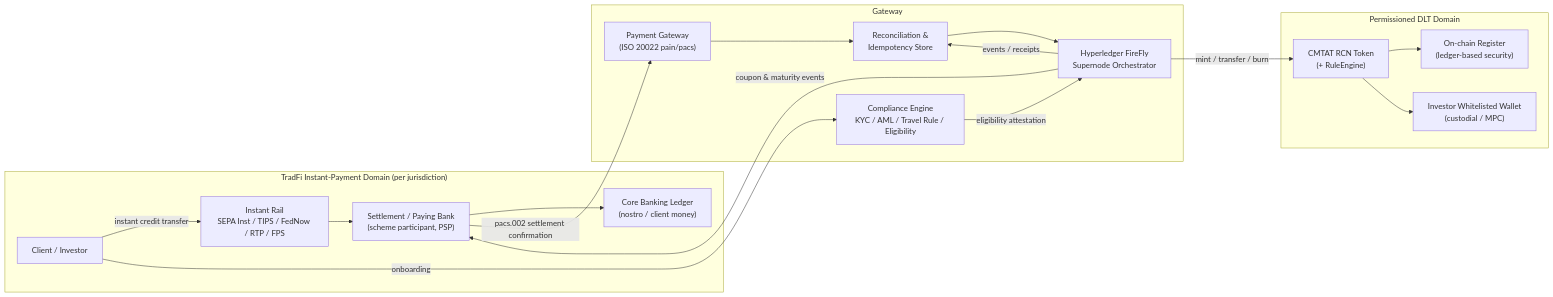
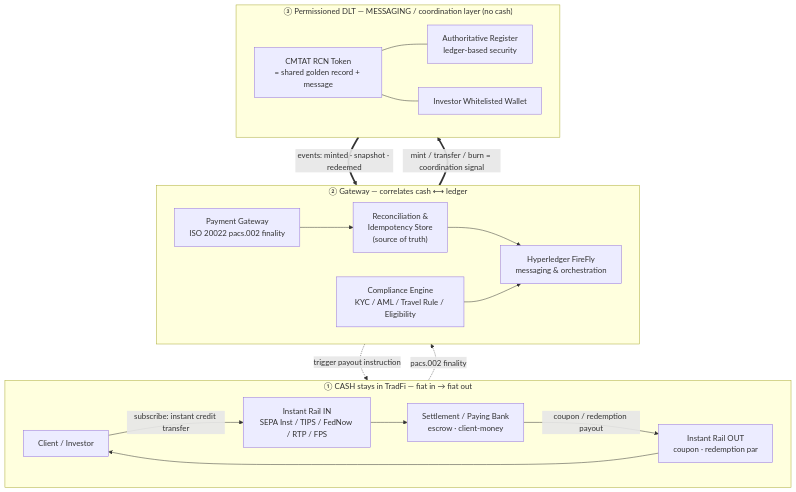
Before and after one commit to NewmanTech27/rcn-cmtat-firefly-gateway: the first of 3 diagrams in README.md, drawn with Mermaid. The commit also changed other lines of this file and 2 other files, not shown here.

Commit message:
Reframe: cash flows TradFi->TradFi, DLT is the messaging/coordination layer
- TL;DR, title, architecture diagram recast: money never on-chain
- Section 4 atomicity -> coordination problem (correlate off-chain cash to on-chain message)
- Deck slides 1/4/5/12 updated to match

````diff
--- a/README.md
+++ b/README.md
@@ -88,33 +92,36 @@
 ```mermaid
-flowchart LR
-    subgraph TradFi["TradFi Instant-Payment Domain (per jurisdiction)"]
+flowchart TB
+    subgraph TF["① CASH stays in TradFi  —  fiat in → fiat out"]
+        direction LR
         C["Client / Investor"]
-        RAIL["Instant Rail\nSEPA Inst / TIPS / FedNow / RTP / FPS"]
-        SB["Settlement / Paying Bank\n(scheme participant, PSP)"]
-        LEDGER["Core Banking Ledger\n(nostro / client money)"]
+        RIN["Instant Rail IN\nSEPA Inst / TIPS / FedNow / RTP / FPS"]
+        SB["Settlement / Paying Bank\nescrow · client-money"]
+        ROUT["Instant Rail OUT\ncoupon · redemption par"]
+        C -->|subscribe: instant credit transfer| RIN --> SB
+        SB -->|coupon / redemption payout| ROUT --> C
     end
 
-    subgraph GW["Gateway"]
-        PGW["Payment Gateway\n(ISO 20022 pain/pacs)"]
-        RECON["Reconciliation &\nIdempotency Store"]
+    subgraph GW["② Gateway  —  correlates cash ⟷ ledger"]
+        direction LR
+        PGW["Payment Gateway\nISO 20022 pacs.002 finality"]
+        RECON["Reconciliation &\nIdempotency Store\n(source of truth)"]
         COMP["Compliance Engine\nKYC / AML / Travel Rule / Eligibility"]
-        FF["Hyperledger FireFly\nSupernode Orchestrator"]
+        FF["Hyperledger FireFly\nmessaging & orchestration"]
+        PGW --> RECON --> FF
+        COMP --> FF
     end
 
-    subgraph DLT["Permissioned DLT Domain"]
-        CMTAT["CMTAT RCN Token\n(+ RuleEngine)"]
-        REG["On-chain Register\n(ledger-based security)"]
-        WALLET["Investor Whitelisted Wallet\n(custodial / MPC)"]
+    subgraph DLT["③ Permissioned DLT  —  MESSAGING / coordination layer (no cash)"]
+        direction LR
+        CMTAT["CMTAT RCN Token\n= shared golden record + message"]
+        REG["Authoritative Register\nledger-based security"]
+        WALLET["Investor Whitelisted Wallet"]
+        CMTAT --- REG
+        CMTAT --- WALLET
     end
 
-    C -->|instant credit transfer| RAIL --> SB --> LEDGER
-    SB -->|pacs.002 settlement confirmation| PGW
-    PGW --> RECON --> FF
-    C -->|onboarding| COMP
-    COMP -->|eligibility attestation| FF
-    FF -->|mint / transfer / burn| CMTAT
-    CMTAT --> REG
-    CMTAT --> WALLET
-    FF -->|events / receipts| RECON
-    FF -->|coupon & maturity events| SB
+    SB -.->|pacs.002 finality| PGW
+    FF ==>|mint / transfer / burn = coordination signal| CMTAT
+    CMTAT ==>|events: minted · snapshot · redeemed| FF
+    FF -.->|"trigger payout instruction"| SB
 ```
````
